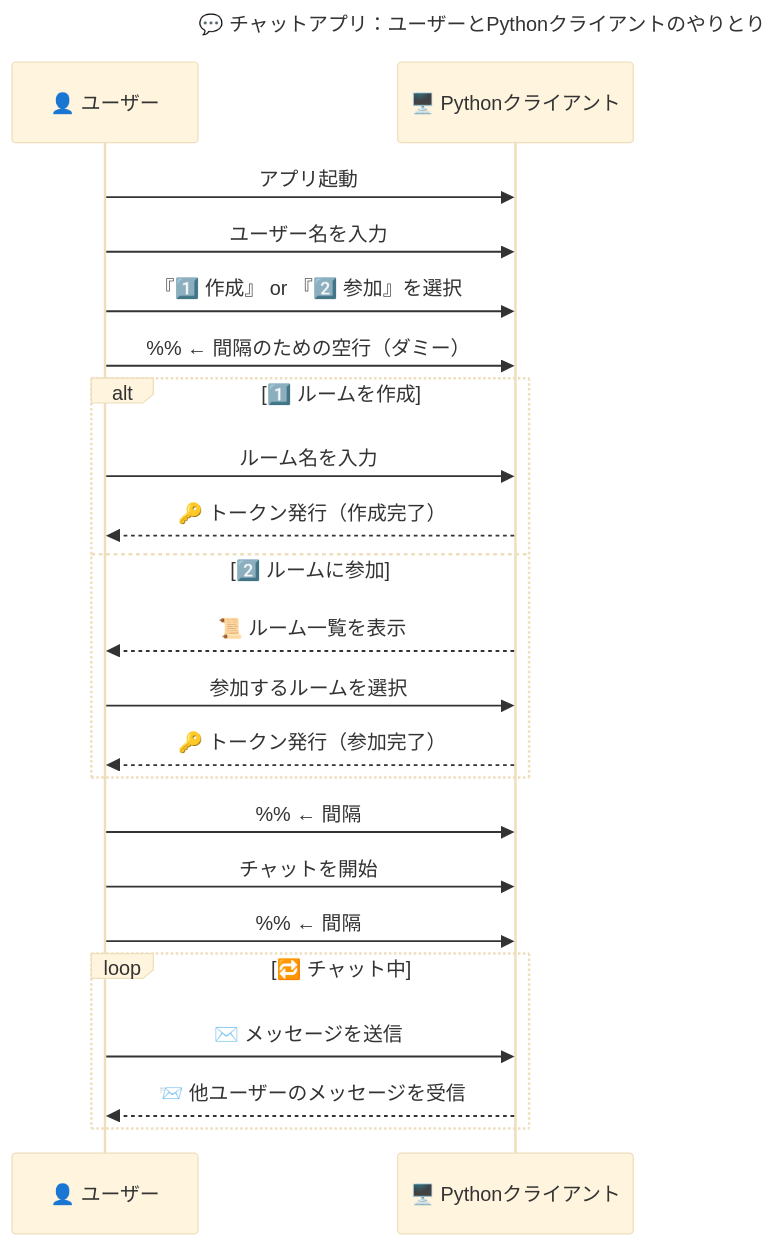
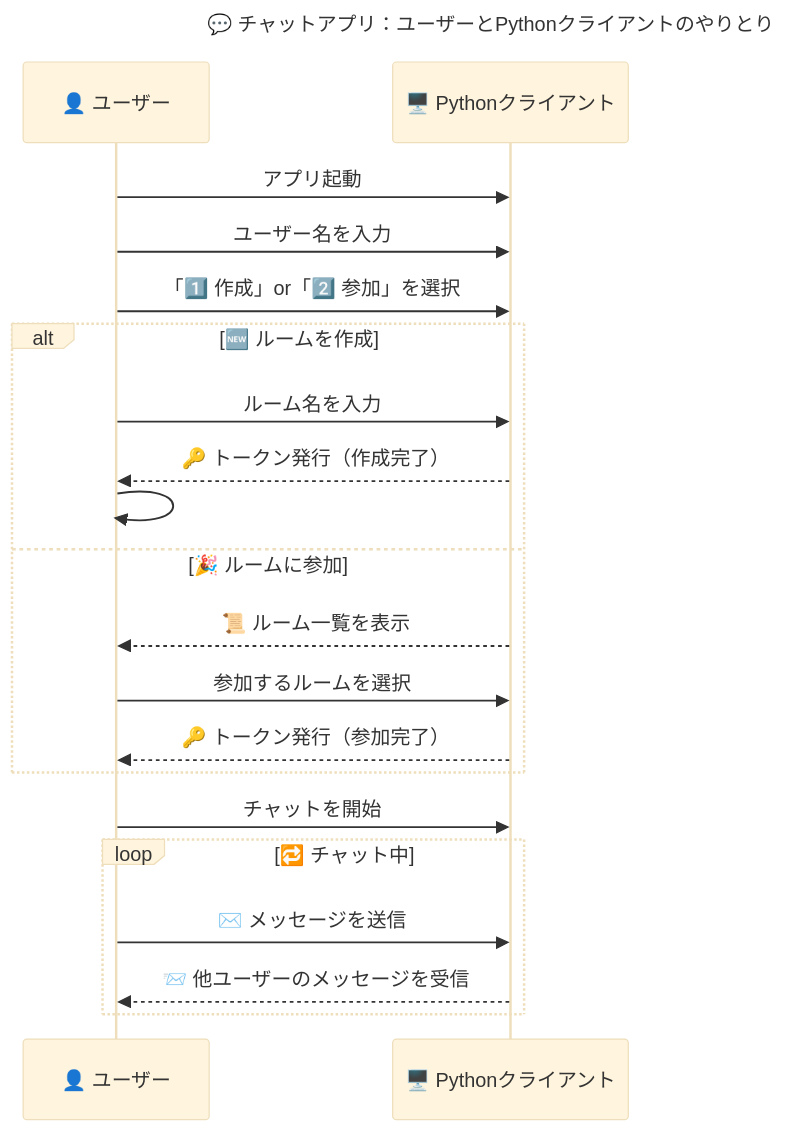
The first of 3 diagrams in README.md (BackendExplorer/Tenshin), drawn with Mermaid (base theme) before and after one commit.

````diff
--- a/README.md
+++ b/README.md
@@ -1,48 +1,35 @@
 ```mermaid
 sequenceDiagram
     title 💬 チャットアプリ：ユーザーとPythonクライアントのやりとり
 
     participant ユーザー as 👤 ユーザー
     participant クライアント as 🖥️ Pythonクライアント
 
+    %% === 🚀 起動フェーズ ===
+    ユーザー->>クライアント: アプリ起動
+    ユーザー->>クライアント: ユーザー名を入力
+    ユーザー->>クライアント: 「1️⃣ 作成」or「2️⃣ 参加」を選択
 
+    %% === 🏠 ルーム選択フェーズ ===
+    alt 🆕 ルームを作成
+        ユーザー->>クライアント: ルーム名を入力
+        クライアント-->>ユーザー: 🔑 トークン発行（作成完了）
 
-    ユーザー ->> クライアント: アプリ起動
-    ユーザー ->> クライアント: ユーザー名を入力
-    ユーザー ->> クライアント: 『1️⃣ 作成』 or 『2️⃣ 参加』を選択
+        %% ダミーの不可視メッセージで余白を作る
+        ユーザー->>ユーザー: 
 
-    ユーザー ->> クライアント:   %% ← 間隔のための空行（ダミー）
-
-
-
-    alt 1️⃣ ルームを作成
-
-        ユーザー ->> クライアント: ルーム名を入力
-        クライアント -->> ユーザー: 🔑 トークン発行（作成完了）
-
-    else 2️⃣ ルームに参加
-
-        クライアント -->> ユーザー: 📜 ルーム一覧を表示
-        ユーザー ->> クライアント: 参加するルームを選択
-        クライアント -->> ユーザー: 🔑 トークン発行（参加完了）
+    else 🎉 ルームに参加
+        クライアント-->>ユーザー: 📜 ルーム一覧を表示
+        ユーザー->>クライアント: 参加するルームを選択
+        クライアント-->>ユーザー: 🔑 トークン発行（参加完了）
     end
 
-    ユーザー ->> クライアント:   %% ← 間隔
-
-
-
-    ユーザー ->> クライアント: チャットを開始
-
-    ユーザー ->> クライアント:   %% ← 間隔
-
-
+    %% === 💬 チャットフェーズ ===
+    ユーザー->>クライアント: チャットを開始
 
     loop 🔁 チャット中
-
-        ユーザー ->> クライアント: ✉️ メッセージを送信
-
-        クライアント -->> ユーザー: 📨 他ユーザーのメッセージを受信
+        ユーザー->>クライアント: ✉️ メッセージを送信
+        クライアント-->>ユーザー: 📨 他ユーザーのメッセージを受信
     end
 
-
 ```
````
